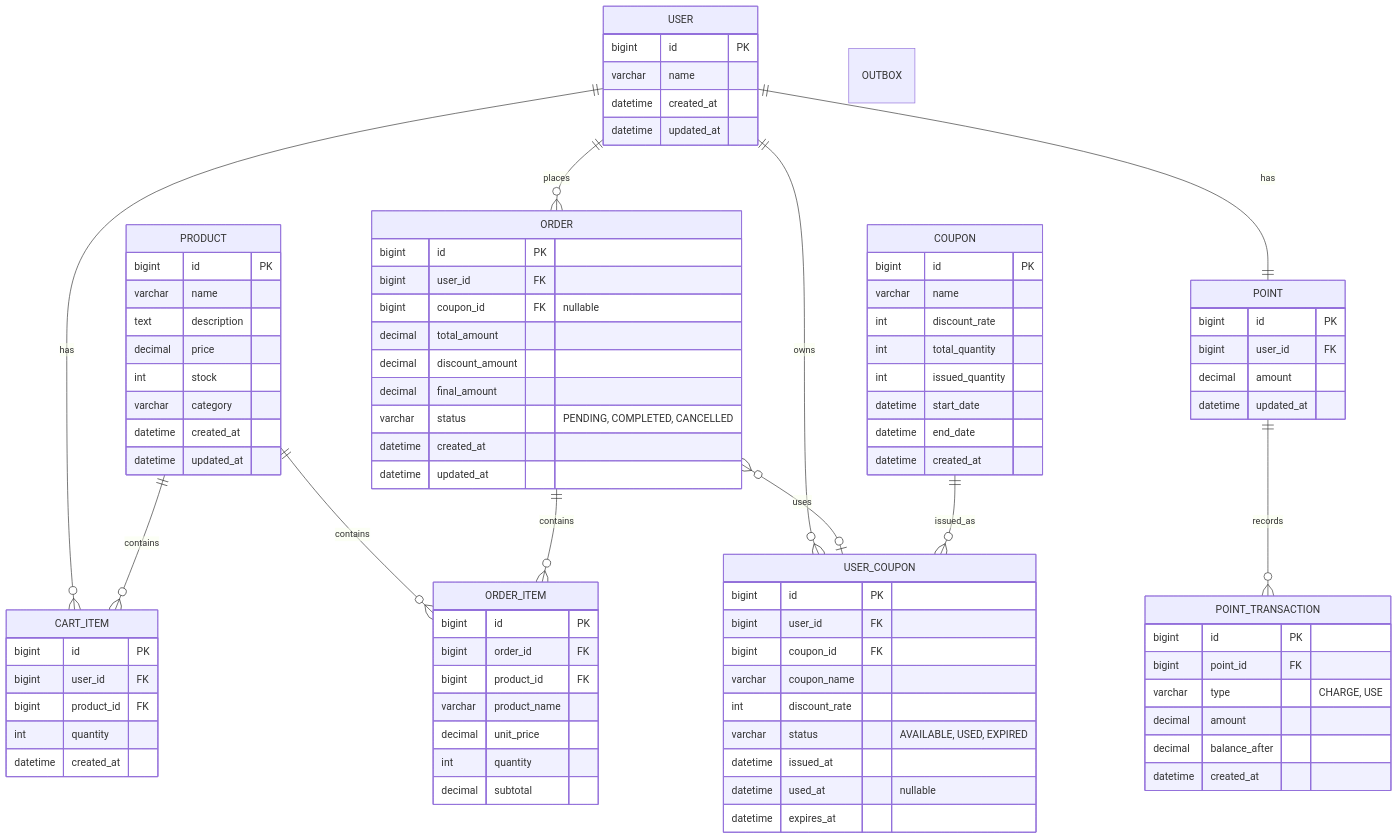
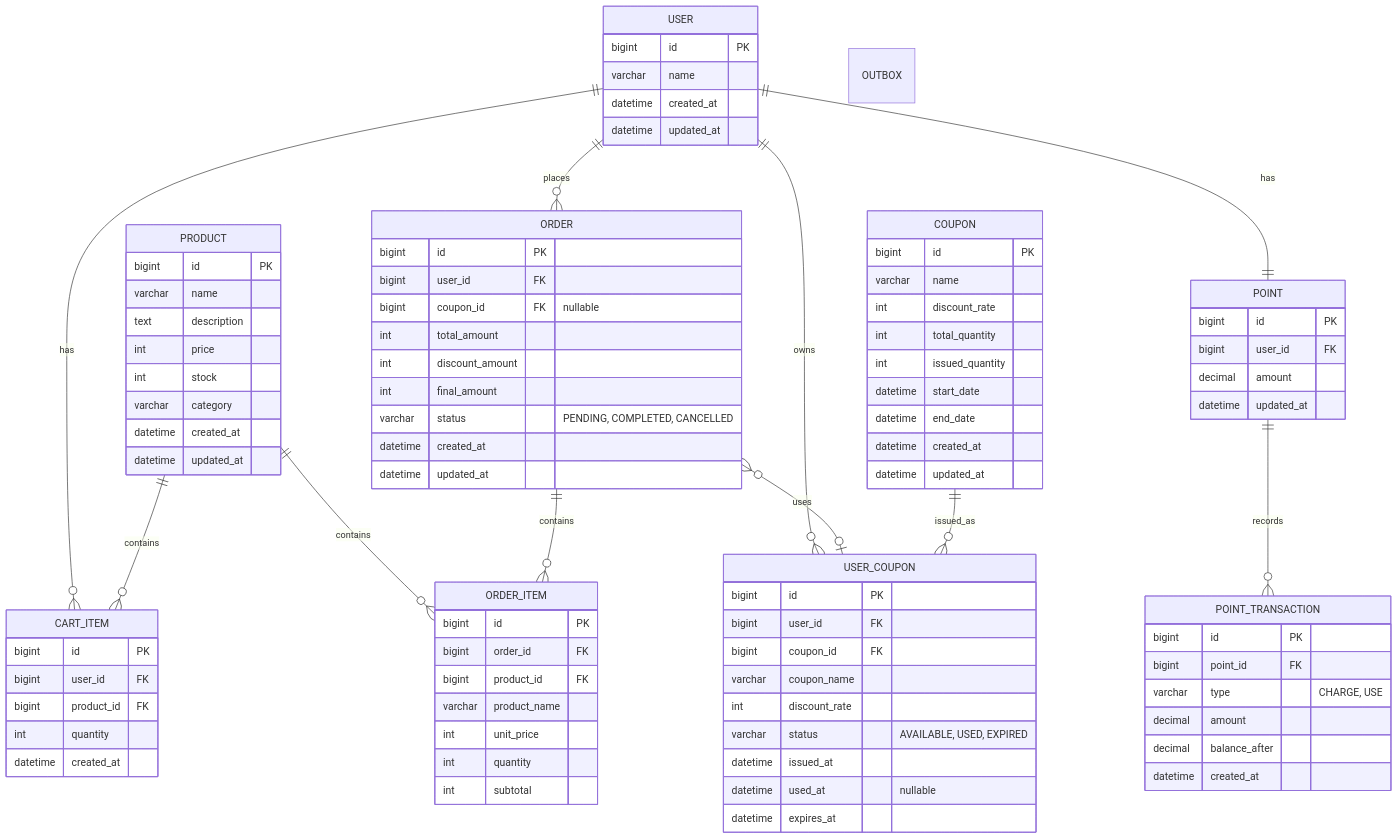
Before and after one commit to ji-0o0o0o0/hhplus_e-commerce: the diagram in docs/data-models.md, drawn with Mermaid. The commit also changed other lines of this file and 10 other files, not shown here.

```diff
--- a/docs/data-models.md
+++ b/docs/data-models.md
@@ -46,7 +46,7 @@
         bigint id PK
         varchar name
         text description
-        decimal price
+        int price
         int stock
         varchar category
         datetime created_at
@@ -65,22 +65,22 @@
         bigint id PK
         bigint user_id FK
         bigint coupon_id FK "nullable"
-        decimal total_amount
-        decimal discount_amount
-        decimal final_amount
+        int total_amount
+        int discount_amount
+        int final_amount
         varchar status "PENDING, COMPLETED, CANCELLED"
         datetime created_at
         datetime updated_at
     }
-    
+
     ORDER_ITEM {
         bigint id PK
         bigint order_id FK
         bigint product_id FK
         varchar product_name
-        decimal unit_price
+        int unit_price
         int quantity
-        decimal subtotal
+        int subtotal
     }
     
     COUPON {
@@ -92,6 +92,7 @@
         datetime start_date
         datetime end_date
         datetime created_at
+        datetime updated_at
     }
     
     USER_COUPON {
```
